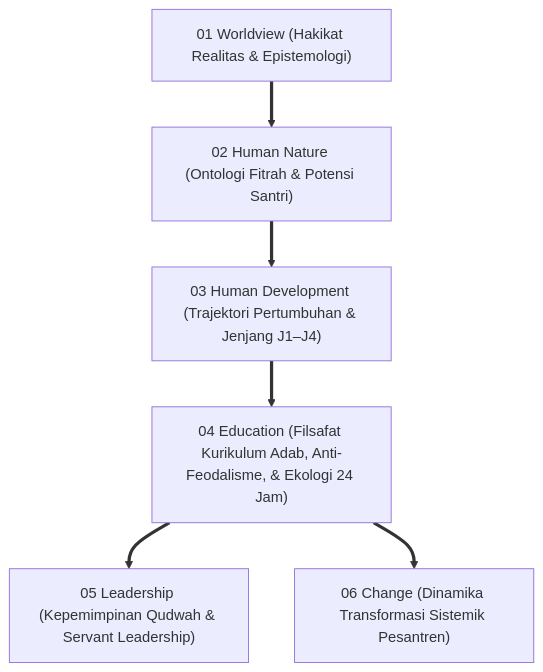
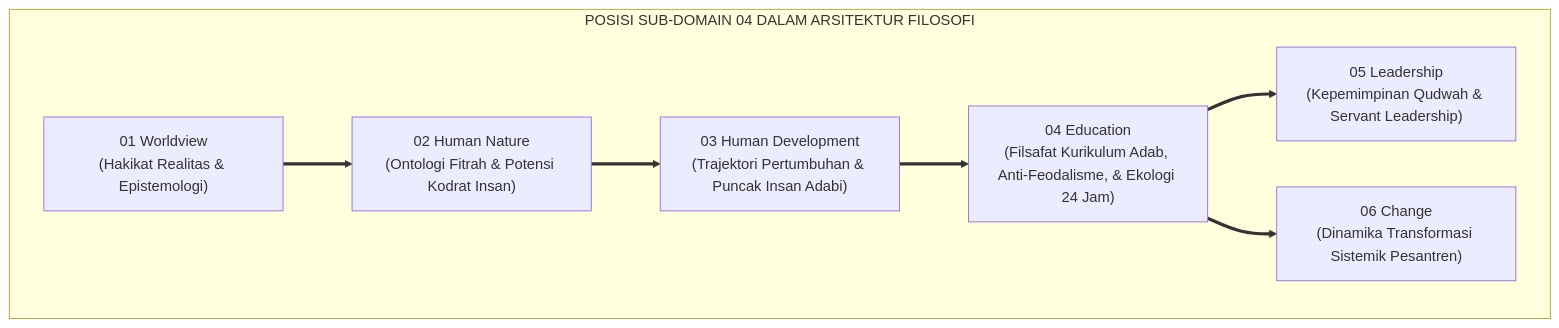
One commit to wandiapriliyandi/tumbuh changed the first of 4 diagrams in 01 Philosophy/04 Education/P1-04-Education-TUMBUH.md. Above: the diagram before and after it, drawn with Mermaid. The commit also changed other lines of this file and 7 other files, not shown here.

````diff
--- a/01 Philosophy/04 Education/P1-04-Education-TUMBUH.md
+++ b/01 Philosophy/04 Education/P1-04-Education-TUMBUH.md
@@ -50,12 +55,14 @@
 ```mermaid
-graph TD
-    WV["01 Worldview (Hakikat Realitas & Epistemologi)"] 
-    ==> HN["02 Human Nature (Ontologi Fitrah & Potensi Santri)"]
-    
-    HN ==> HD["03 Human Development (Trajektori Pertumbuhan & Jenjang J1–J4)"]
-    
-    HD ==> ED["04 Education (Filsafat Kurikulum Adab, Anti-Feodalisme, & Ekologi 24 Jam)"]
-    
-    ED ==> LD["05 Leadership (Kepemimpinan Qudwah & Servant Leadership)"]
-    ED ==> CH["06 Change (Dinamika Transformasi Sistemik Pesantren)"]
+flowchart TD
+    subgraph PosisiEducationTUMBUH["POSISI SUB-DOMAIN 04 DALAM ARSITEKTUR FILOSOFI"]
+        WV["01 Worldview<br/>(Hakikat Realitas & Epistemologi)"] 
+        ==> HN["02 Human Nature<br/>(Ontologi Fitrah & Potensi Kodrat Insan)"]
+        
+        HN ==> HD["03 Human Development<br/>(Trajektori Pertumbuhan & Puncak Insan Adabi)"]
+        
+        HD ==> ED["04 Education<br/>(Filsafat Kurikulum Adab, Anti-Feodalisme, & Ekologi 24 Jam)"]
+        
+        ED ==> LD["05 Leadership<br/>(Kepemimpinan Qudwah & Servant Leadership)"]
+        ED ==> CH["06 Change<br/>(Dinamika Transformasi Sistemik Pesantren)"]
+    end
 ```
````
